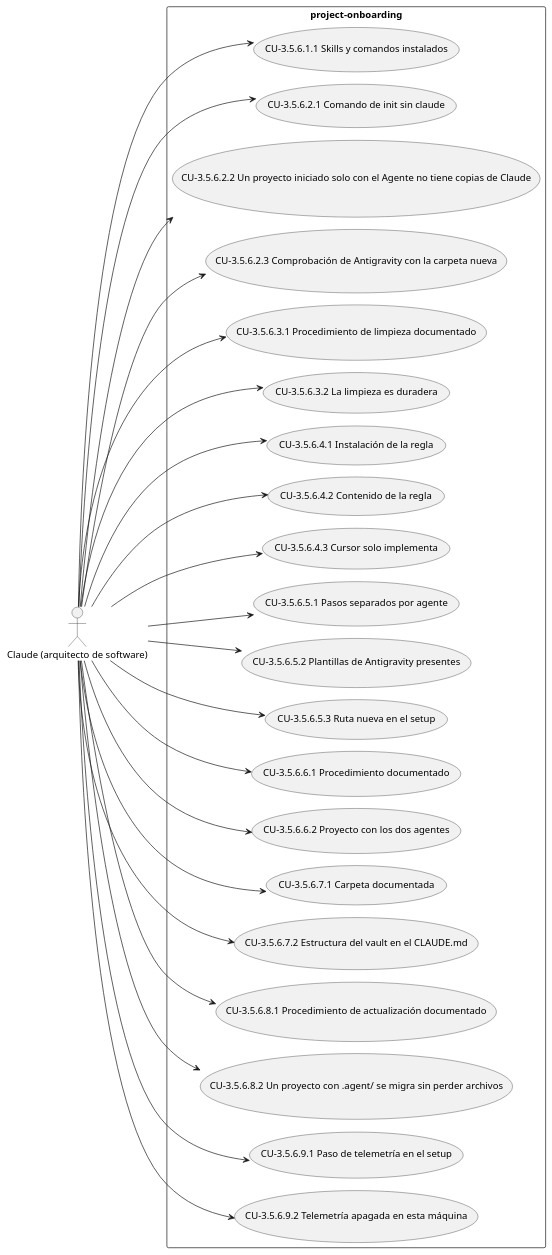
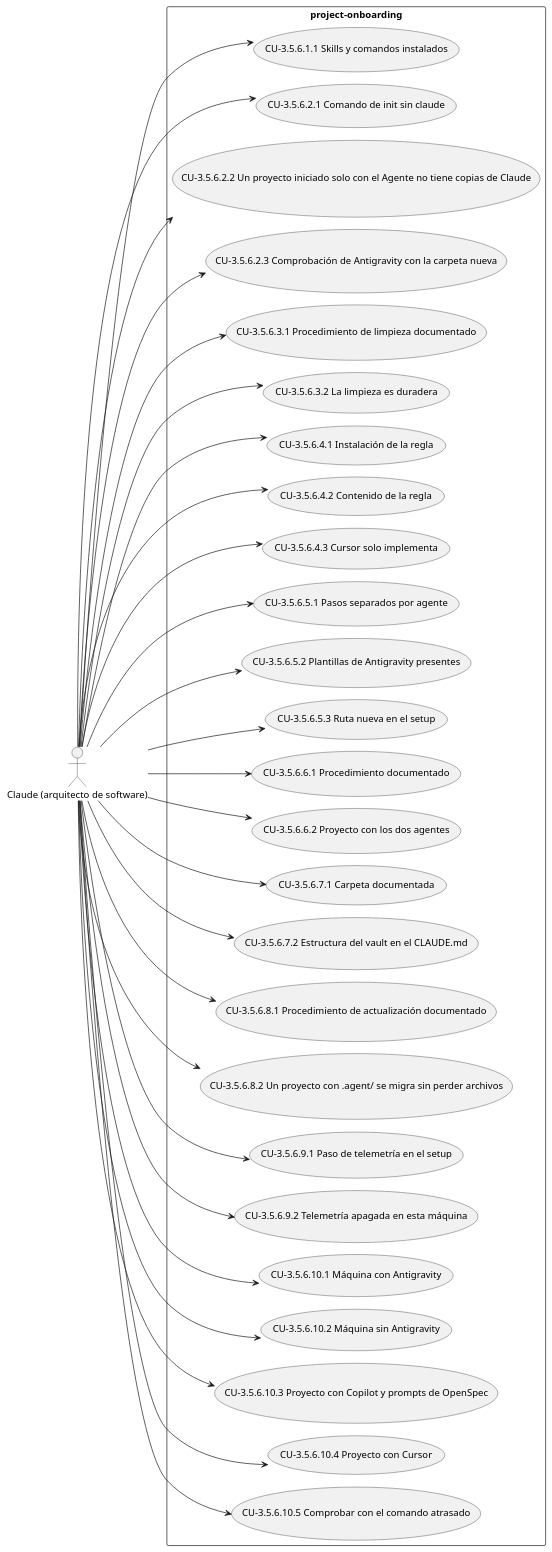
One commit to Lautaro-Montecchiani/sdd-global-config changed the diagram in docs/diagramas/CAP-3.5.6.puml. Above: the diagram before and after it, drawn with PlantUML. The commit also changed 7 other files, not shown here.

```diff
--- a/docs/diagramas/CAP-3.5.6.puml
+++ b/docs/diagramas/CAP-3.5.6.puml
@@ -1,47 +1,57 @@
 @startuml
 !pragma layout smetana
 left to right direction
 actor "Claude (arquitecto de software)" as A1
 rectangle "project-onboarding" {
   usecase "CU-3.5.6.1.1 Skills y comandos instalados" as UC_3_5_6_1_1
   usecase "CU-3.5.6.2.1 Comando de init sin claude" as UC_3_5_6_2_1
   usecase "CU-3.5.6.2.2 Un proyecto iniciado solo con el Agente no tiene copias de Claude" as UC_3_5_6_2_2
   usecase "CU-3.5.6.2.3 Comprobación de Antigravity con la carpeta nueva" as UC_3_5_6_2_3
   usecase "CU-3.5.6.3.1 Procedimiento de limpieza documentado" as UC_3_5_6_3_1
   usecase "CU-3.5.6.3.2 La limpieza es duradera" as UC_3_5_6_3_2
   usecase "CU-3.5.6.4.1 Instalación de la regla" as UC_3_5_6_4_1
   usecase "CU-3.5.6.4.2 Contenido de la regla" as UC_3_5_6_4_2
   usecase "CU-3.5.6.4.3 Cursor solo implementa" as UC_3_5_6_4_3
   usecase "CU-3.5.6.5.1 Pasos separados por agente" as UC_3_5_6_5_1
   usecase "CU-3.5.6.5.2 Plantillas de Antigravity presentes" as UC_3_5_6_5_2
   usecase "CU-3.5.6.5.3 Ruta nueva en el setup" as UC_3_5_6_5_3
   usecase "CU-3.5.6.6.1 Procedimiento documentado" as UC_3_5_6_6_1
   usecase "CU-3.5.6.6.2 Proyecto con los dos agentes" as UC_3_5_6_6_2
   usecase "CU-3.5.6.7.1 Carpeta documentada" as UC_3_5_6_7_1
   usecase "CU-3.5.6.7.2 Estructura del vault en el CLAUDE.md" as UC_3_5_6_7_2
   usecase "CU-3.5.6.8.1 Procedimiento de actualización documentado" as UC_3_5_6_8_1
   usecase "CU-3.5.6.8.2 Un proyecto con .agent/ se migra sin perder archivos" as UC_3_5_6_8_2
   usecase "CU-3.5.6.9.1 Paso de telemetría en el setup" as UC_3_5_6_9_1
   usecase "CU-3.5.6.9.2 Telemetría apagada en esta máquina" as UC_3_5_6_9_2
+  usecase "CU-3.5.6.10.1 Máquina con Antigravity" as UC_3_5_6_10_1
+  usecase "CU-3.5.6.10.2 Máquina sin Antigravity" as UC_3_5_6_10_2
+  usecase "CU-3.5.6.10.3 Proyecto con Copilot y prompts de OpenSpec" as UC_3_5_6_10_3
+  usecase "CU-3.5.6.10.4 Proyecto con Cursor" as UC_3_5_6_10_4
+  usecase "CU-3.5.6.10.5 Comprobar con el comando atrasado" as UC_3_5_6_10_5
 }
 A1 --> UC_3_5_6_1_1
 A1 --> UC_3_5_6_2_1
 A1 --> UC_3_5_6_2_2
 A1 --> UC_3_5_6_2_3
 A1 --> UC_3_5_6_3_1
 A1 --> UC_3_5_6_3_2
 A1 --> UC_3_5_6_4_1
 A1 --> UC_3_5_6_4_2
 A1 --> UC_3_5_6_4_3
 A1 --> UC_3_5_6_5_1
 A1 --> UC_3_5_6_5_2
 A1 --> UC_3_5_6_5_3
 A1 --> UC_3_5_6_6_1
 A1 --> UC_3_5_6_6_2
 A1 --> UC_3_5_6_7_1
 A1 --> UC_3_5_6_7_2
 A1 --> UC_3_5_6_8_1
 A1 --> UC_3_5_6_8_2
 A1 --> UC_3_5_6_9_1
 A1 --> UC_3_5_6_9_2
+A1 --> UC_3_5_6_10_1
+A1 --> UC_3_5_6_10_2
+A1 --> UC_3_5_6_10_3
+A1 --> UC_3_5_6_10_4
+A1 --> UC_3_5_6_10_5
 @enduml
```
